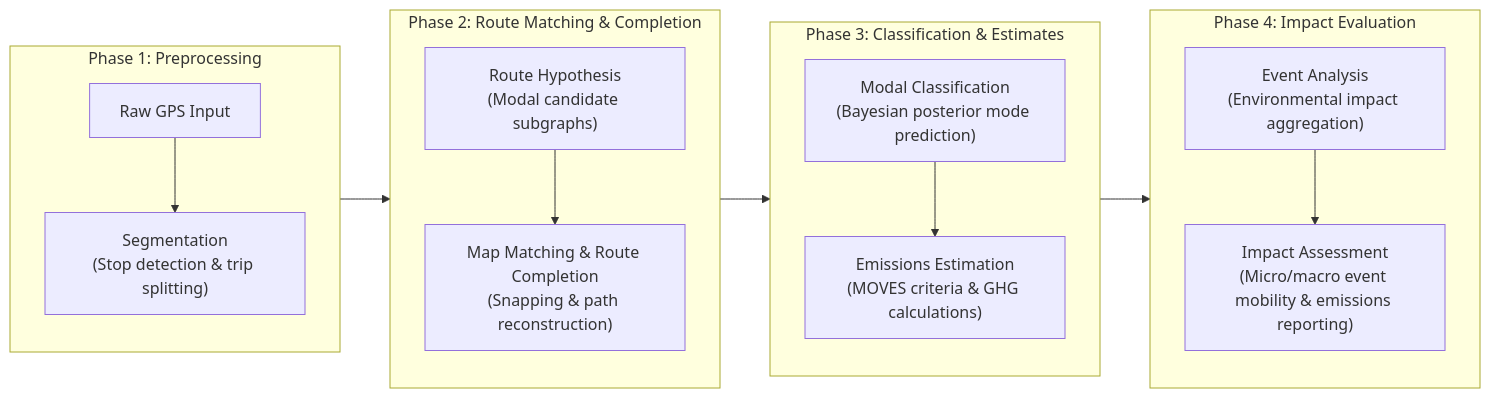
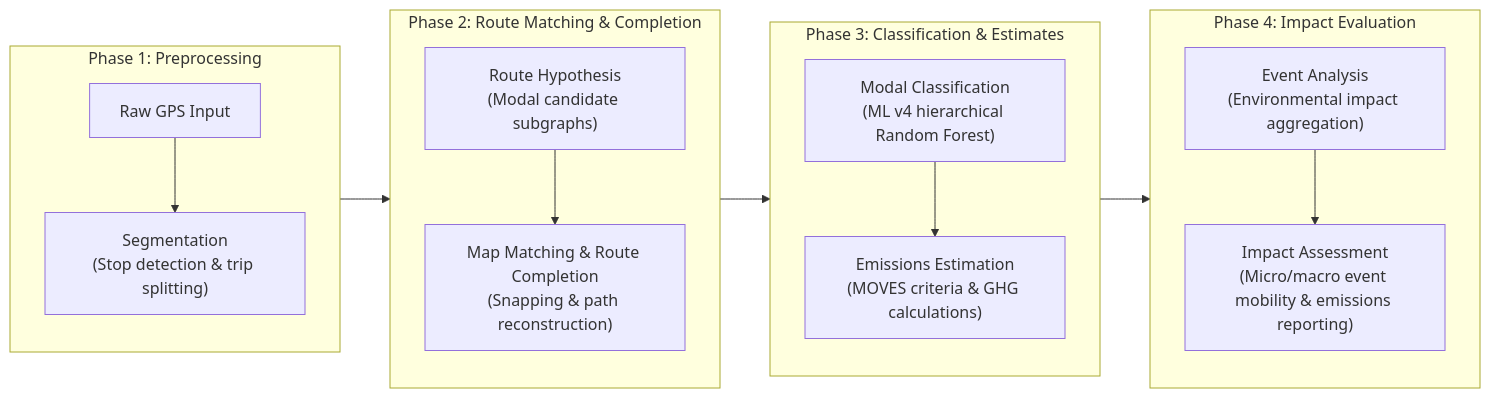
The diagram in README.md (vladimirp07/gps-emissions-pipeline), drawn with Mermaid before and after one commit. The commit also changed other lines of this file and 41 other files, not shown here.

````diff
--- a/README.md
+++ b/README.md
@@ -9,27 +9,27 @@
 ```mermaid
 flowchart LR
     subgraph Phase1 ["Phase 1: Preprocessing"]
         direction TD
         A["Raw GPS Input"] --> B["Segmentation<br>(Stop detection & trip splitting)"]
     end
 
     subgraph Phase2 ["Phase 2: Route Matching & Completion"]
         direction TD
         C["Route Hypothesis<br>(Modal candidate subgraphs)"] --> D["Map Matching & Route Completion<br>(Snapping & path reconstruction)"]
     end
 
     subgraph Phase3 ["Phase 3: Classification & Estimates"]
         direction TD
-        E["Modal Classification<br>(Bayesian posterior mode prediction)"] --> F["Emissions Estimation<br>(MOVES criteria & GHG calculations)"]
+        E["Modal Classification<br>(ML v4 hierarchical Random Forest)"] --> F["Emissions Estimation<br>(MOVES criteria & GHG calculations)"]
     end
 
     subgraph Phase4 ["Phase 4: Impact Evaluation"]
         direction TD
         G["Event Analysis<br>(Environmental impact aggregation)"] --> H["Impact Assessment<br>(Micro/macro event mobility & emissions reporting)"]
     end
 
     %% Conexión horizontal directa entre los contenedores globales
     Phase1 --> Phase2
     Phase2 --> Phase3
     Phase3 --> Phase4
 ```
````
